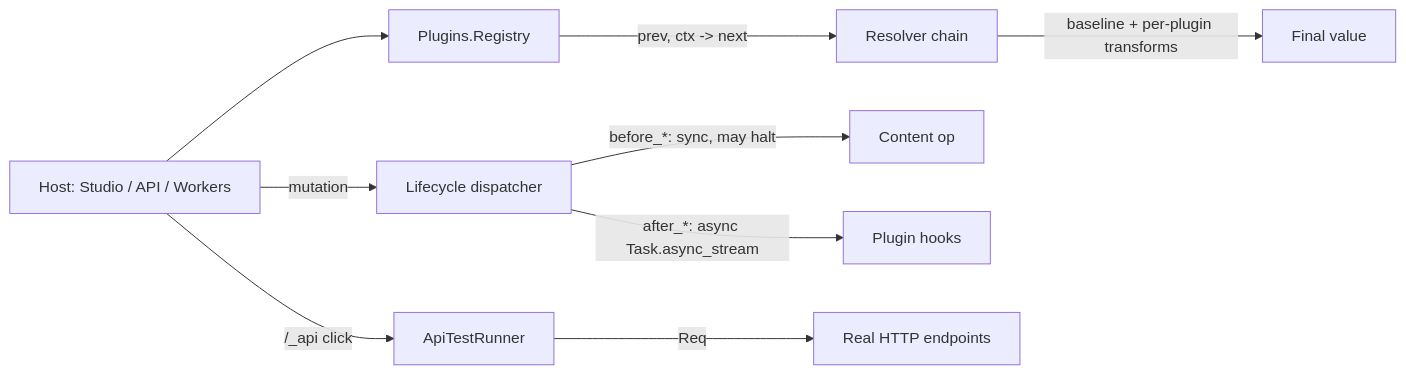
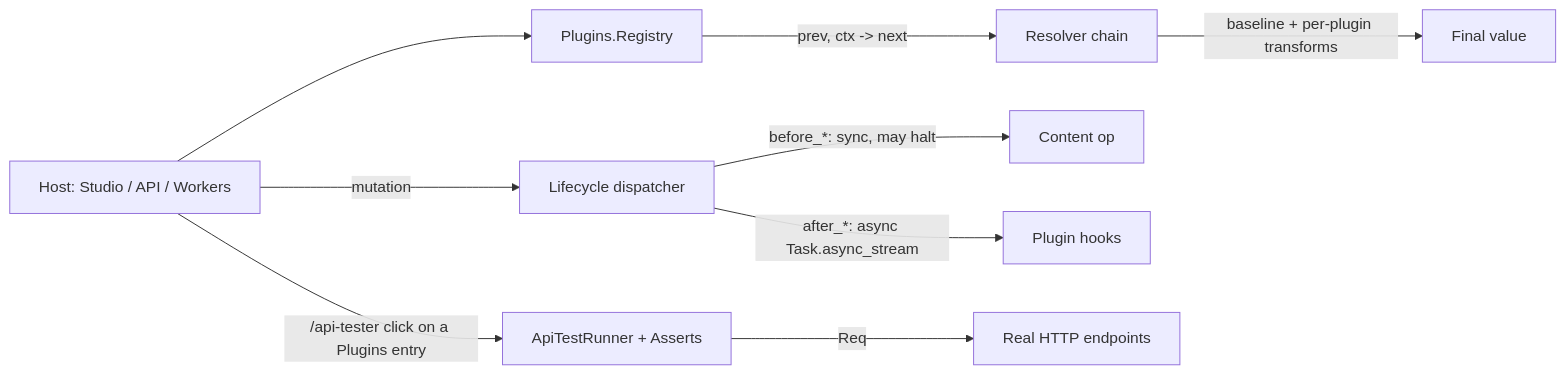
The first of 2 diagrams in README.md (FRIKKern/barkpark), drawn with Mermaid before and after one commit. The commit also changed other lines of this file, not shown here.

First line of the commit message:
docs(readme): refresh after api-tester restoration + login + icon work

````diff
--- a/README.md
+++ b/README.md
@@ -99,11 +110,11 @@
 ```mermaid
 flowchart LR
   Host[Host: Studio / API / Workers] --> Reg[Plugins.Registry]
   Reg -->|prev, ctx -> next| Res[Resolver chain]
   Res -->|baseline + per-plugin transforms| Out[Final value]
   Host -->|mutation| Life[Lifecycle dispatcher]
   Life -->|before_*: sync, may halt| Cont[Content op]
   Life -->|after_*: async Task.async_stream| Hook[Plugin hooks]
-  Host -->|/_api click| Runner[ApiTestRunner]
+  Host -->|/api-tester click on a Plugins entry| Runner[ApiTestRunner + Asserts]
   Runner -->|Req| HTTP[Real HTTP endpoints]
 ```
````
